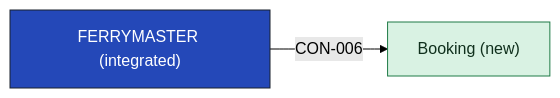
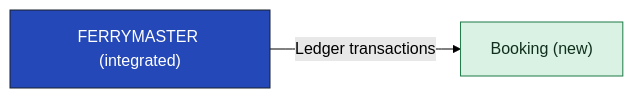
The diagram in examples/unified-booking/05-building-blocks/ferrymaster-building-blocks.md (smalls257/vela), drawn with Mermaid (forest theme) before and after one commit. The commit also changed other lines of this file and 56 other files, not shown here.

````diff
--- a/examples/unified-booking/05-building-blocks/ferrymaster-building-blocks.md
+++ b/examples/unified-booking/05-building-blocks/ferrymaster-building-blocks.md
@@ -28,10 +28,10 @@
 ```mermaid
 flowchart LR
   n_APP_booking["Booking (new)"]
   n_APP_ferrymaster["FERRYMASTER (integrated)"]
-  n_APP_ferrymaster -->|"CON-006"| n_APP_booking
+  n_APP_ferrymaster -->|"Ledger transactions"| n_APP_booking
   classDef focus fill:#2448b8,stroke:#19212d,color:#ffffff
   classDef new fill:#d9f2e3,stroke:#1e7a46,color:#10301d
   class n_APP_ferrymaster focus
   class n_APP_booking new
 ```
````
